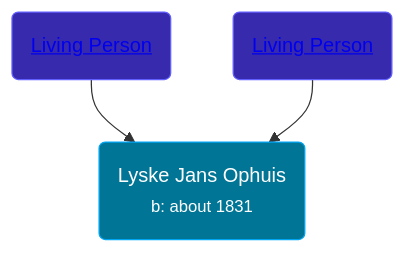
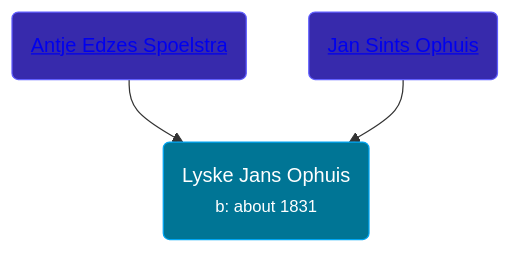
One commit to wpmgotkh/wpmgotkh.github.io changed the diagram in pages/people/8/80682261.md. Above: the diagram before and after it, drawn with Mermaid. The commit also changed other lines of this file and 586 other files, not shown here.

Commit message:
feat: better shouldConsiderPersonLiving algo

````diff
--- a/pages/people/8/80682261.md
+++ b/pages/people/8/80682261.md
@@ -10,9 +10,9 @@
 ```mermaid
 graph
 classDef grands fill:#193cb8,stroke:#2b7fff,stroke-width:1px,color:#fff;
 classDef parents fill:#372aac,stroke:#615fff,stroke-width:1px,color:#fff;
 classDef primary fill:#007595,stroke:#00a6f4,stroke-width:1px,color:#fff;
 80682261(Lyske Jans Ophuis<br /><small>b: about 1831</small>):::primary
-68221434(<a class="text-white" href="/people/6/68221434">Living Person</a>):::parents-->80682261
-33968752(<a class="text-white" href="/people/3/33968752">Living Person</a>):::parents-->80682261
+68221434(<a class="text-white" href="/people/6/68221434">Antje Edzes Spoelstra</a>):::parents-->80682261
+33968752(<a class="text-white" href="/people/3/33968752">Jan Sints Ophuis</a>):::parents-->80682261
 ```
````
